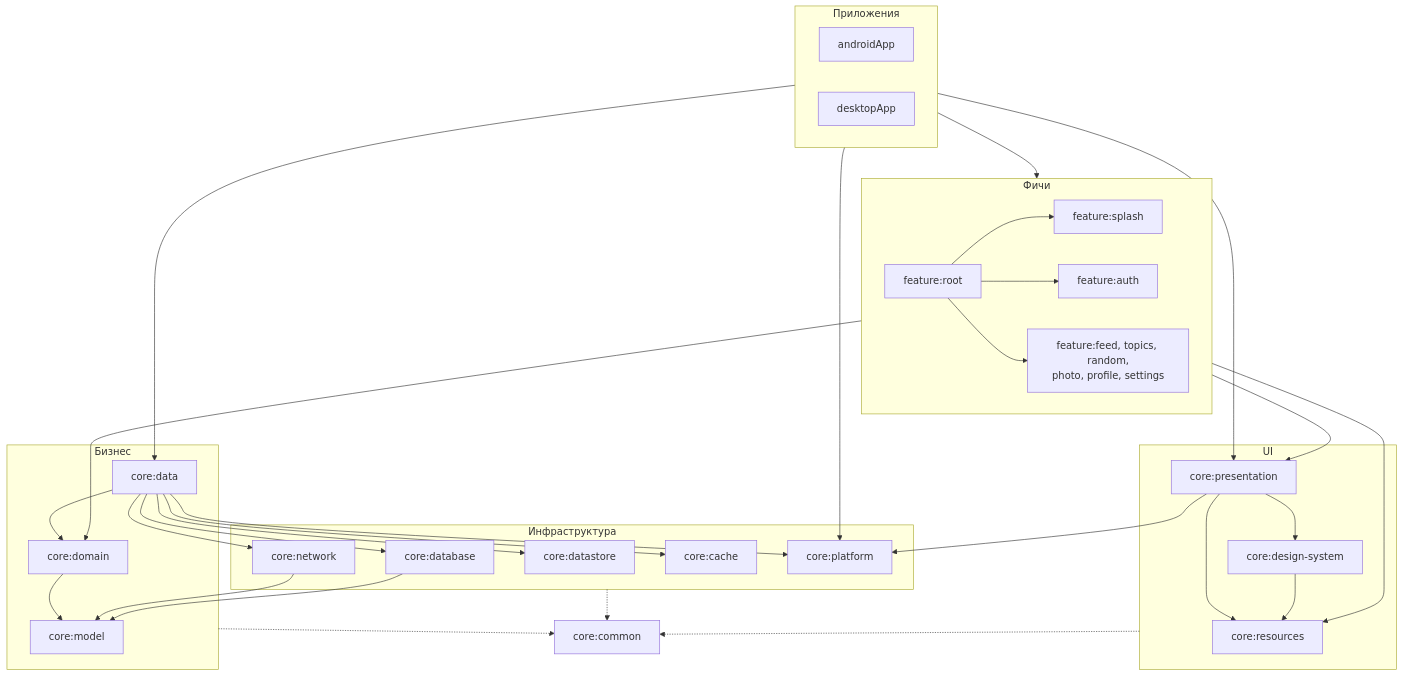
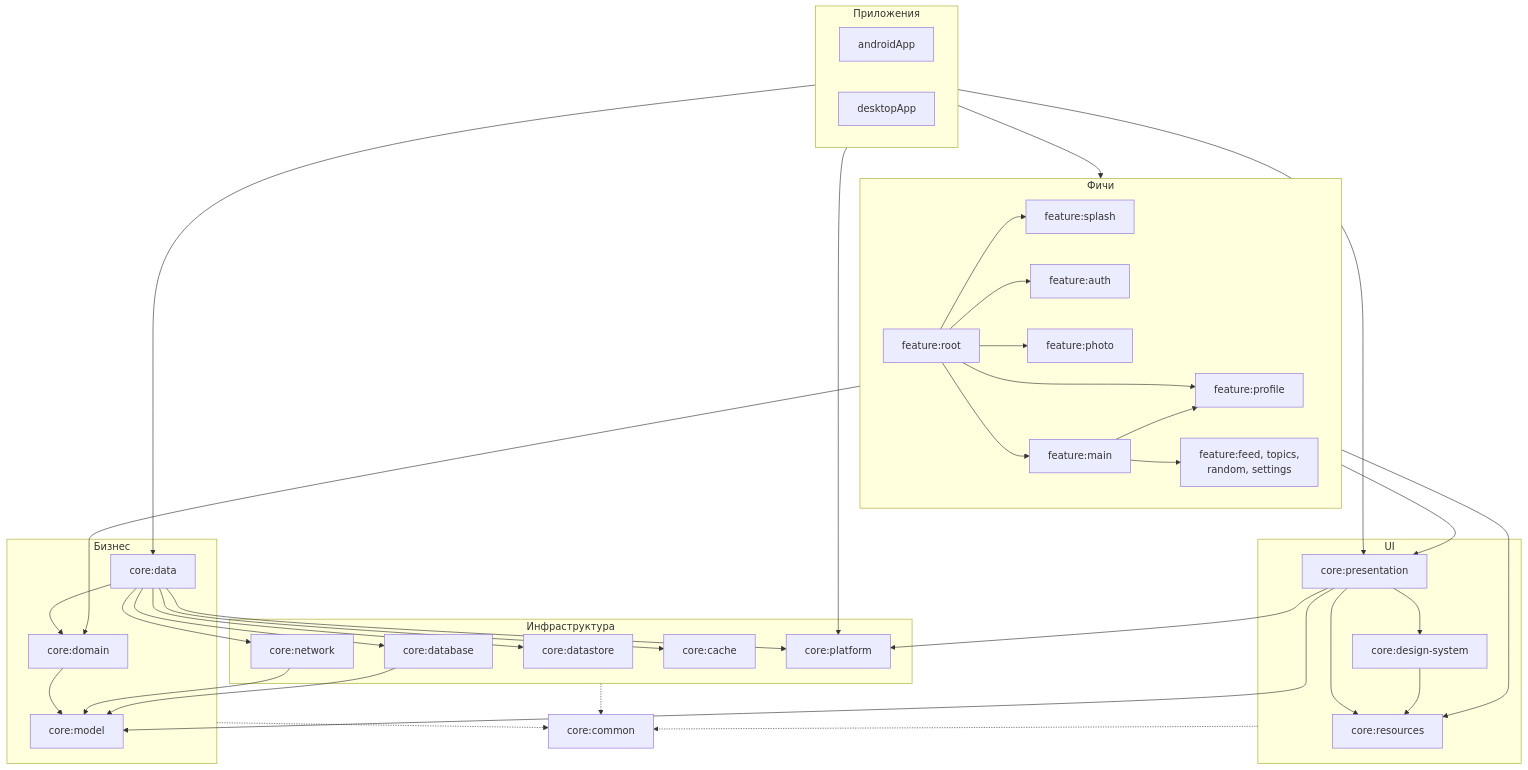
The diagram in docs/architecture/overview.md (KimoTeru/Wallify), drawn with Mermaid before and after one commit. The commit also changed other lines of this file and 109 other files, not shown here.

Commit message:
Split signed-in tabs into feature:main and align the glass screens

````diff
--- a/docs/architecture/overview.md
+++ b/docs/architecture/overview.md
@@ -33,63 +34,71 @@
 ```mermaid
 flowchart TB
     subgraph apps["Приложения"]
         androidApp
         desktopApp
     end
 
     subgraph features["Фичи"]
         root["feature:root"]
+        main["feature:main"]
         splash["feature:splash"]
         auth["feature:auth"]
-        screens["feature:feed, topics, random,<br/>photo, profile, settings"]
+        photo["feature:photo"]
+        profile["feature:profile"]
+        tabs["feature:feed, topics,<br/>random, settings"]
     end
 
     subgraph ui["UI"]
         presentation["core:presentation"]
         designSystem["core:design-system"]
         resources["core:resources"]
     end
 
     subgraph business["Бизнес"]
         domain["core:domain"]
         data["core:data"]
         model["core:model"]
     end
 
     subgraph infra["Инфраструктура"]
         network["core:network"]
         database["core:database"]
         datastore["core:datastore"]
         cache["core:cache"]
         platform["core:platform"]
     end
 
     common["core:common"]
 
     apps --> features
     apps --> data
     apps --> platform
     apps --> presentation
     root --> splash
     root --> auth
-    root --> screens
+    root --> photo
+    root --> profile
+    root --> main
+    main --> profile
+    main --> tabs
     features --> presentation
     features --> domain
     presentation --> designSystem
     presentation --> resources
+    presentation --> model
     designSystem --> resources
     features --> resources
     presentation --> platform
     domain --> model
     data --> domain
     data --> network
     network --> model
     database --> model
     data --> database
     data --> datastore
     data --> cache
     data --> platform
     infra -.-> common
     business -.-> common
     ui -.-> common
 ```
````
